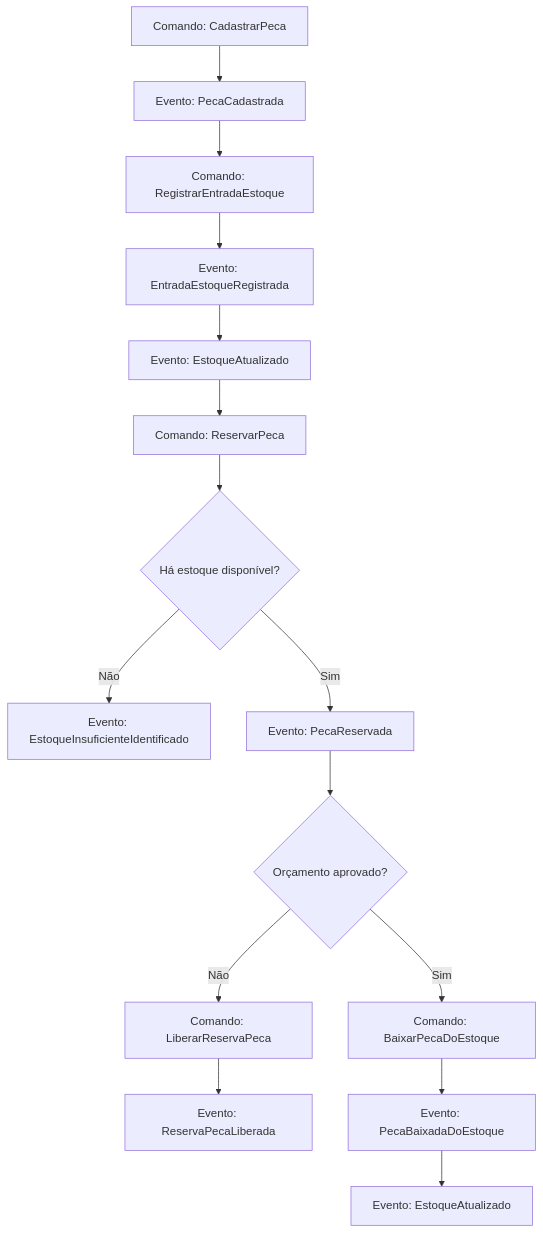
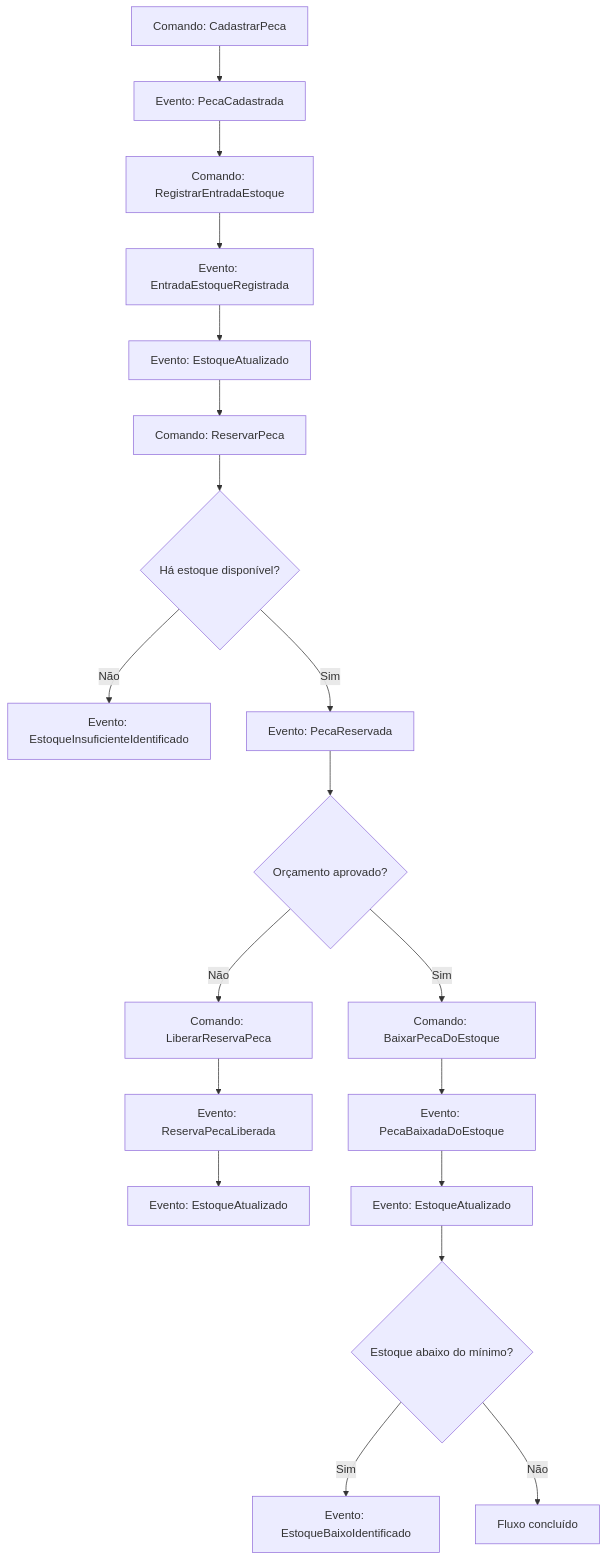
The third of 4 diagrams in docs/EVENT_STORMING.md (yxsbx/SOAT-FIAP), drawn with Mermaid before and after one commit. The commit also changed other lines of this file and 11 other files, not shown here.

````diff
--- a/docs/EVENT_STORMING.md
+++ b/docs/EVENT_STORMING.md
@@ -412,17 +455,21 @@
 ```mermaid
 flowchart TD
     C1["Comando: CadastrarPeca"] --> E1["Evento: PecaCadastrada"]
     E1 --> C2["Comando: RegistrarEntradaEstoque"]
     C2 --> E2["Evento: EntradaEstoqueRegistrada"]
     E2 --> E3["Evento: EstoqueAtualizado"]
     E3 --> C3["Comando: ReservarPeca"]
     C3 --> D1{Há estoque disponível?}
     D1 -- "Não" --> E4["Evento: EstoqueInsuficienteIdentificado"]
     D1 -- "Sim" --> E5["Evento: PecaReservada"]
     E5 --> D2{Orçamento aprovado?}
     D2 -- "Não" --> C4["Comando: LiberarReservaPeca"]
     C4 --> E6["Evento: ReservaPecaLiberada"]
+    E6 --> E7["Evento: EstoqueAtualizado"]
     D2 -- "Sim" --> C5["Comando: BaixarPecaDoEstoque"]
-    C5 --> E7["Evento: PecaBaixadaDoEstoque"]
-    E7 --> E8["Evento: EstoqueAtualizado"]
+    C5 --> E8["Evento: PecaBaixadaDoEstoque"]
+    E8 --> E9["Evento: EstoqueAtualizado"]
+    E9 --> D3{Estoque abaixo do mínimo?}
+    D3 -- "Sim" --> E10["Evento: EstoqueBaixoIdentificado"]
+    D3 -- "Não" --> F1["Fluxo concluído"]
 ```
````
